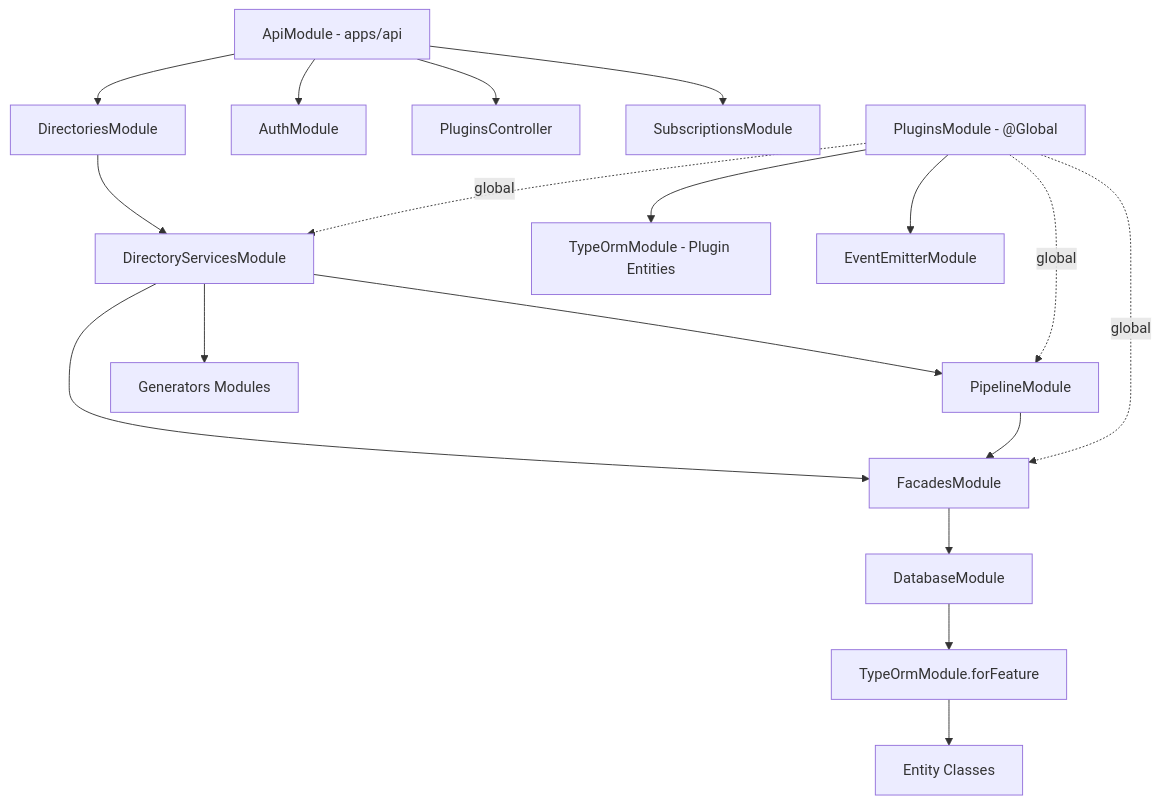
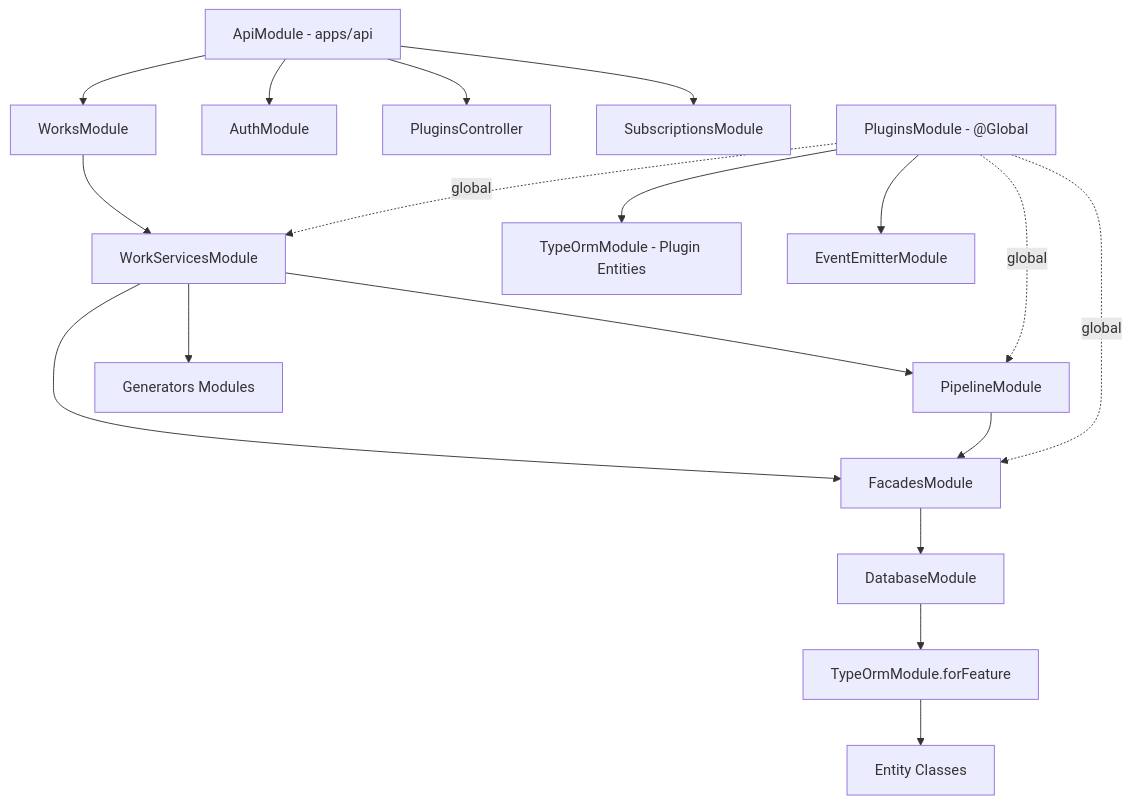
The diagram in docs/architecture/nestjs-modules.md (ever-works/ever-works), drawn with Mermaid before and after one commit. The commit also changed other lines of this file and 395 other files, not shown here.

````diff
--- a/docs/architecture/nestjs-modules.md
+++ b/docs/architecture/nestjs-modules.md
@@ -16,25 +16,25 @@
 ```mermaid
 graph TD
-    API[ApiModule - apps/api] --> DM[DirectoriesModule]
+    API[ApiModule - apps/api] --> DM[WorksModule]
     API --> AM[AuthModule]
     API --> PM_API[PluginsController]
     API --> SM[SubscriptionsModule]
 
-    DM --> DS[DirectoryServicesModule]
+    DM --> DS[WorkServicesModule]
     DS --> PipeM[PipelineModule]
     DS --> FM[FacadesModule]
     DS --> GenM[Generators Modules]
 
     PipeM --> FM
     FM --> DB[DatabaseModule]
 
     PM[PluginsModule - @Global] -.->|global| FM
     PM -.->|global| PipeM
     PM -.->|global| DS
 
     DB --> TO[TypeOrmModule.forFeature]
     TO --> Entities[Entity Classes]
 
     PM --> TR[TypeOrmModule - Plugin Entities]
     PM --> EE[EventEmitterModule]
 ```
````
